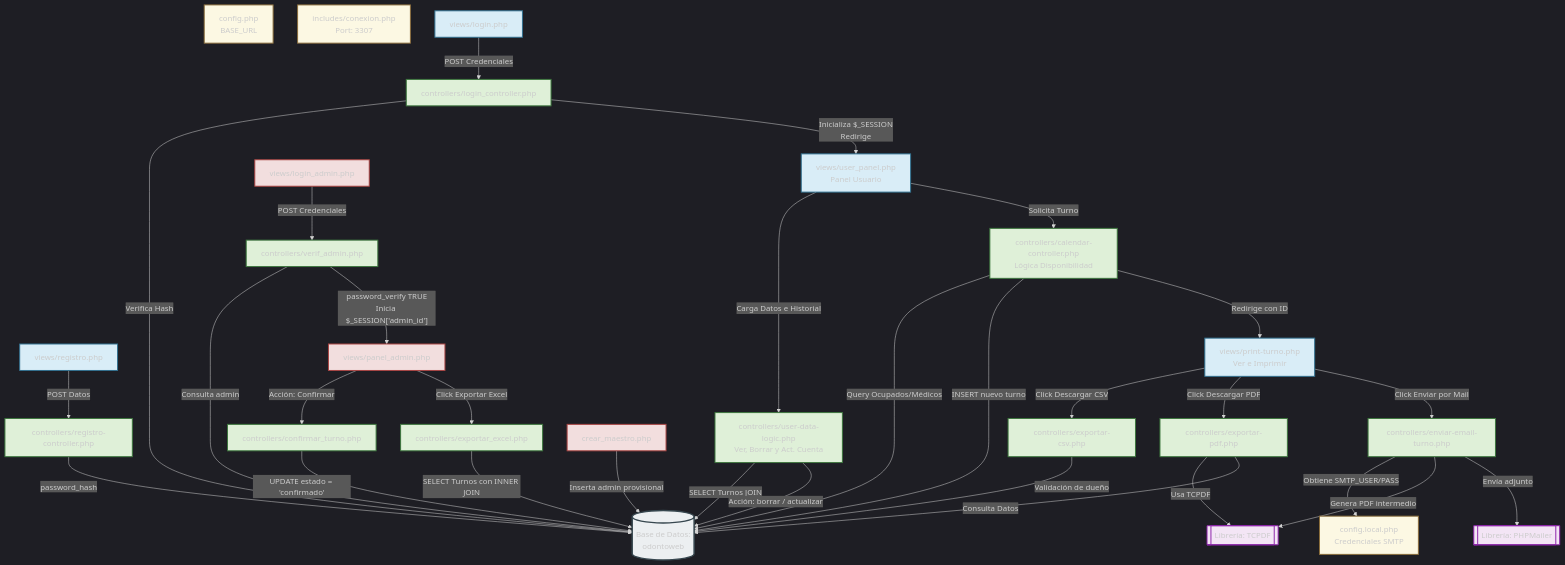
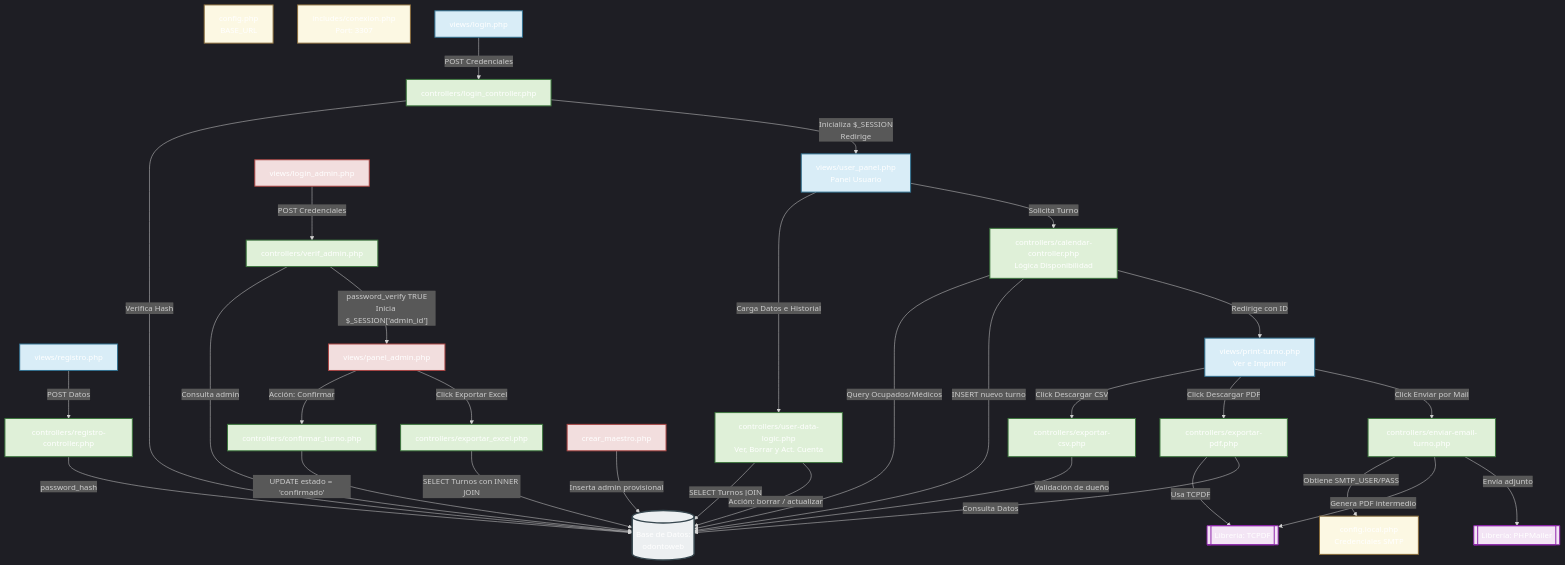
One commit to MCortinez-dev/OdontoWeb changed the diagram in README.md. Above: the diagram before and after it, drawn with Mermaid.

Commit message:
Update architecture diagram styles in README
Added design styles for architecture diagram in README.

````diff
--- a/README.md
+++ b/README.md
@@ -26,6 +26,13 @@
 ```mermaid
 %%{init: {'theme': 'dark'}}%%
 graph TD
+    %% Estilos de diseño adaptados
+    classDef config fill:#4a3b1b,stroke:#8a6d3b,stroke-width:2px,color:#fff;
+    classDef paciente fill:#1a3644,stroke:#31708f,stroke-width:2px,color:#fff;
+    classDef admin fill:#441a1a,stroke:#a94442,stroke-width:2px,color:#fff;
+    classDef controller fill:#1b3d1b,stroke:#3c763d,stroke-width:2px,color:#fff;
+    classDef db fill:#263238,stroke:#eceff1,stroke-width:3px,color:#fff;
+    classDef libreria fill:#4a148c,stroke:#8e24aa,stroke-width:2px,color:#fff;
     %% Estilos de diseño
     classDef config fill:#fcf8e3,stroke:#8a6d3b,stroke-width:2px;
     classDef paciente fill:#d9edf7,stroke:#31708f,stroke-width:2px;
````
